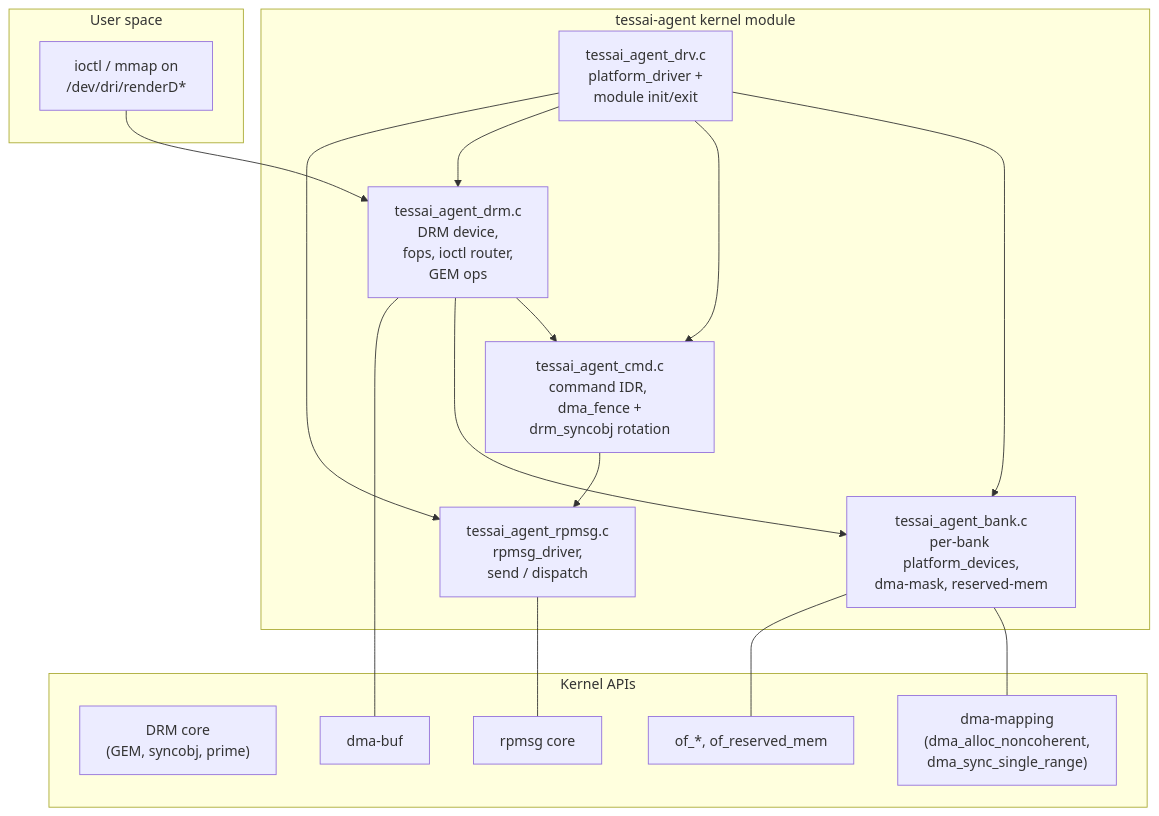
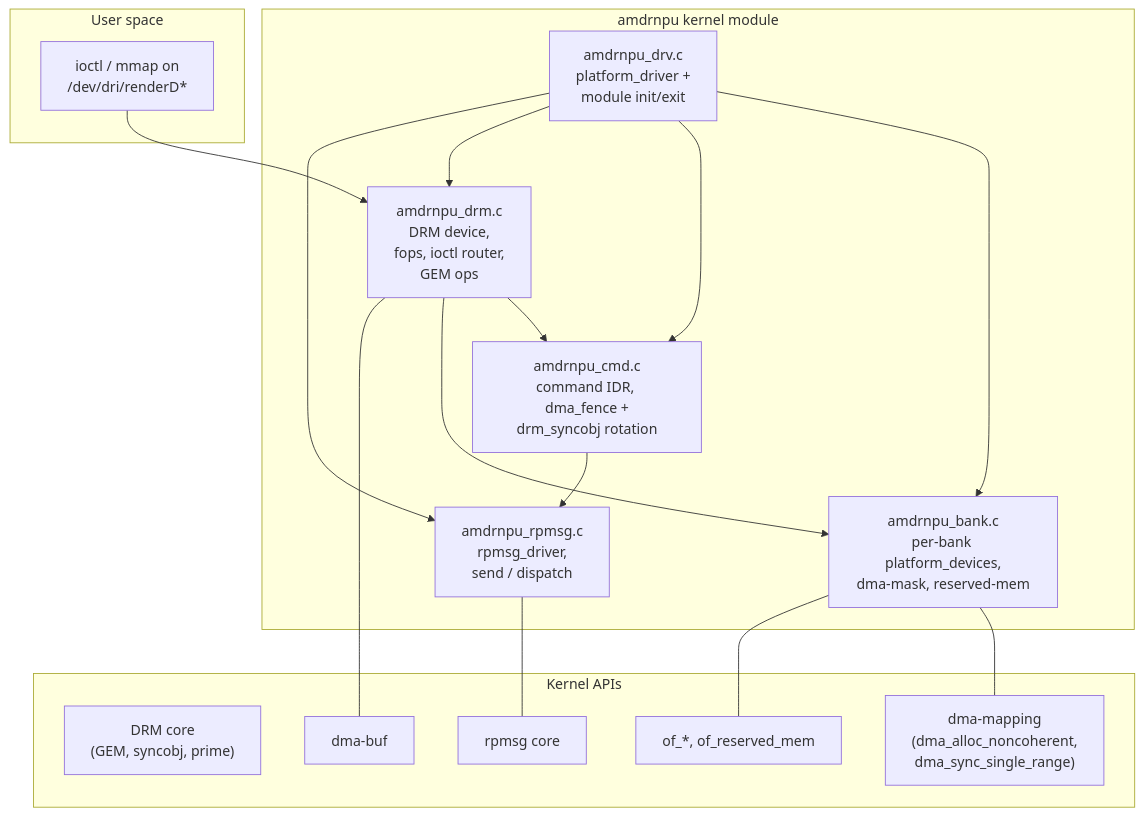
The second of 5 diagrams in docs/architecture.md (Xilinx/amdrnpu), drawn with Mermaid before and after one commit. The commit also changed other lines of this file and 107 other files, not shown here.

Commit message:
Change all tessai references to amdrnpu

````diff
--- a/docs/architecture.md
+++ b/docs/architecture.md
@@ -61,35 +61,35 @@
 ```mermaid
 flowchart TB
     subgraph User["User space"]
         FOPS["ioctl / mmap on<br/>/dev/dri/renderD*"]
     end
 
-    subgraph TESS["tessai-agent kernel module"]
-        DRV["tessai_agent_drv.c<br/>platform_driver +<br/>module init/exit"]
-        DRM["tessai_agent_drm.c<br/>DRM device,<br/>fops, ioctl router,<br/>GEM ops"]
-        BANK["tessai_agent_bank.c<br/>per-bank platform_devices,<br/>dma-mask, reserved-mem"]
-        CMD["tessai_agent_cmd.c<br/>command IDR, dma_fence +<br/>drm_syncobj rotation"]
-        RPMSG["tessai_agent_rpmsg.c<br/>rpmsg_driver,<br/>send / dispatch"]
+    subgraph TESS["amdrnpu kernel module"]
+        DRV["amdrnpu_drv.c<br/>platform_driver +<br/>module init/exit"]
+        DRM["amdrnpu_drm.c<br/>DRM device,<br/>fops, ioctl router,<br/>GEM ops"]
+        BANK["amdrnpu_bank.c<br/>per-bank platform_devices,<br/>dma-mask, reserved-mem"]
+        CMD["amdrnpu_cmd.c<br/>command IDR, dma_fence +<br/>drm_syncobj rotation"]
+        RPMSG["amdrnpu_rpmsg.c<br/>rpmsg_driver,<br/>send / dispatch"]
     end
 
     subgraph KAPI["Kernel APIs"]
         DRMCORE["DRM core<br/>(GEM, syncobj, prime)"]
         DMABUF["dma-buf"]
         DMA["dma-mapping<br/>(dma_alloc_noncoherent,<br/>dma_sync_single_range)"]
         RPMSGC["rpmsg core"]
         OF["of_*, of_reserved_mem"]
     end
 
     FOPS --> DRM
     DRV --> BANK
     DRV --> CMD
     DRV --> DRM
     DRV --> RPMSG
     DRM --> CMD
     DRM --> BANK
     CMD --> RPMSG
     DRM --- DMABUF
     BANK --- DMA
     BANK --- OF
     RPMSG --- RPMSGC
 ```
````
